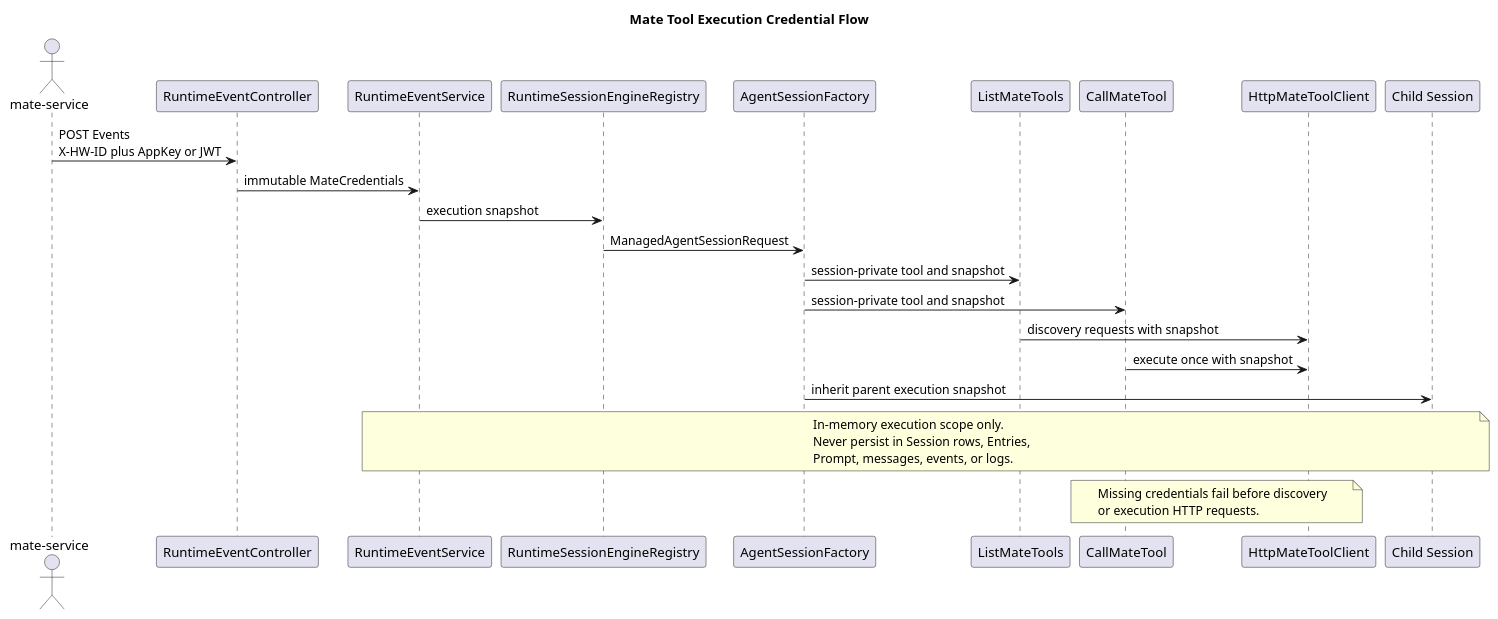
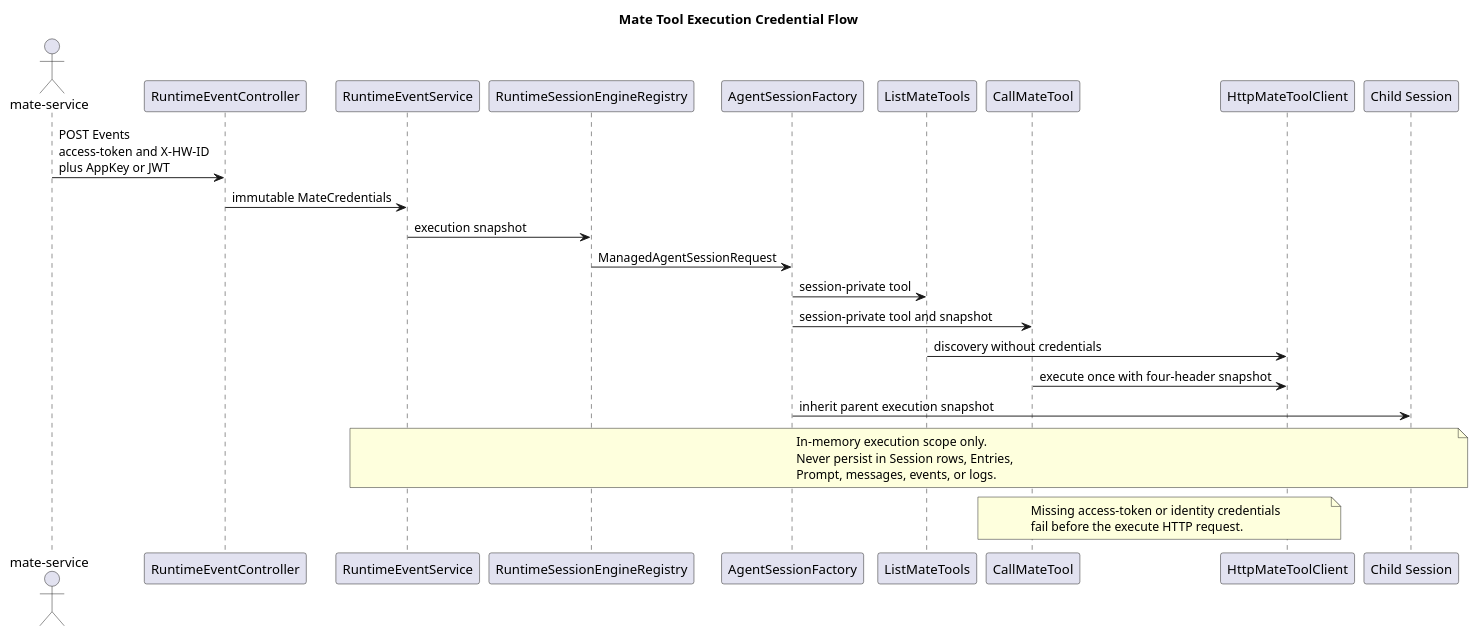
The second of 4 diagrams in docs/designs/tool-system-v2/diagram.puml (2862282695gjh-afk/pi-mono-java), drawn with PlantUML before and after one commit. The commit also changed other lines of this file and 44 other files, not shown here.

Commit message:
feat(runtime): 限制 Mate 工具凭据透传范围

```diff
--- a/docs/designs/tool-system-v2/diagram.puml
+++ b/docs/designs/tool-system-v2/diagram.puml
@@ -40,42 +40,41 @@
 @startuml mate_credential_flow
-' Implementation baseline before this change: CampusClaw 934b5dd7d9e50b1d7359bea5f2dda71e3c4a34ac.
+' Pre-change implementation baseline: CampusClaw 320d790726a70aada6100052952d5494d2a378ac.
 ' Source evidence: modules/coding-agent-cli/src/main/java/com/campusclaw/codingagent/runtimeapi/web/RuntimeEventController.java, submit
-' Source evidence: modules/coding-agent-cli/src/main/java/com/campusclaw/codingagent/runtimeapi/event/RuntimeEventService.java, submit
-' Source evidence: modules/coding-agent-cli/src/main/java/com/campusclaw/codingagent/session/AgentSessionFactory.java, create
+' Source evidence: modules/coding-agent-cli/src/main/java/com/campusclaw/codingagent/runtimeapi/web/RuntimeRequestContext.java, mateCredentials
 ' Source evidence: modules/coding-agent-cli/src/main/java/com/campusclaw/codingagent/tool/mate/MateToolDiscovery.java, listAgentTools
-' Source evidence: modules/coding-agent-cli/src/main/java/com/campusclaw/codingagent/tool/mate/CallMateTool.java, execute
-' Architecture change: the baseline exposed an optional resolver but did not connect Runtime headers to tools.
-' Security hardening: credentials remain in one active execution and are never persisted or logged.
+' Source evidence: modules/coding-agent-cli/src/main/java/com/campusclaw/codingagent/common/client/HttpMateToolClient.java, invokeTool
+' Observed behavior: the pre-change client forwarded three execution credential headers to discovery and execute.
+' Security hardening: discovery receives no credentials; only execute receives the four-header snapshot.
 ' Java divergence: pi has no corresponding Mate credential flow.
 skinparam shadowing false
 title Mate Tool Execution Credential Flow
 
 actor "mate-service" as Caller
 participant "RuntimeEventController" as Controller
 participant "RuntimeEventService" as Service
 participant "RuntimeSessionEngineRegistry" as Registry
 participant "AgentSessionFactory" as Factory
 participant "ListMateTools" as List
 participant "CallMateTool" as Call
 participant "HttpMateToolClient" as Client
 participant "Child Session" as Child
 
-Caller -> Controller : POST Events\nX-HW-ID plus AppKey or JWT
+Caller -> Controller : POST Events\naccess-token and X-HW-ID\nplus AppKey or JWT
 Controller -> Service : immutable MateCredentials
 Service -> Registry : execution snapshot
 Registry -> Factory : ManagedAgentSessionRequest
-Factory -> List : session-private tool and snapshot
+Factory -> List : session-private tool
 Factory -> Call : session-private tool and snapshot
-List -> Client : discovery requests with snapshot
-Call -> Client : execute once with snapshot
+List -> Client : discovery without credentials
+Call -> Client : execute once with four-header snapshot
 Factory -> Child : inherit parent execution snapshot
 note over Service,Child
   In-memory execution scope only.
   Never persist in Session rows, Entries,
   Prompt, messages, events, or logs.
 end note
 note over Call,Client
-  Missing credentials fail before discovery
-  or execution HTTP requests.
+  Missing access-token or identity credentials
+  fail before the execute HTTP request.
 end note
 @enduml
```
